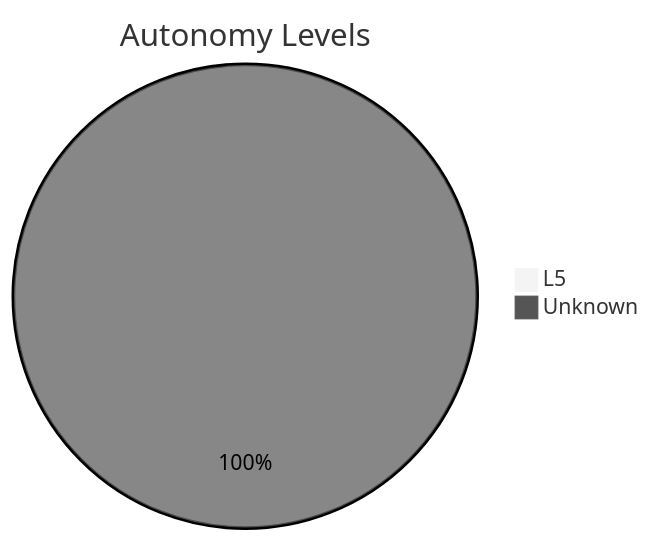
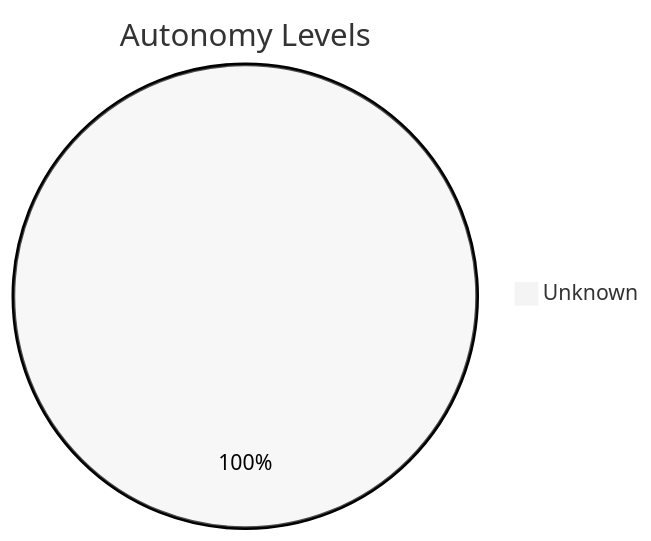
One commit to fderuiter/proompts changed the first of 2 diagrams in docs/maturity_dashboard.md. Above: the diagram before and after it, drawn with Mermaid (neutral theme). The commit also changed other lines of this file and 15 other files, not shown here.

````diff
--- a/docs/maturity_dashboard.md
+++ b/docs/maturity_dashboard.md
@@ -31,5 +29,4 @@
 ```mermaid
 pie title Autonomy Levels
-    "L5" : 1
-    "Unknown" : 1172
+    "Unknown" : 1173
 ```
````
